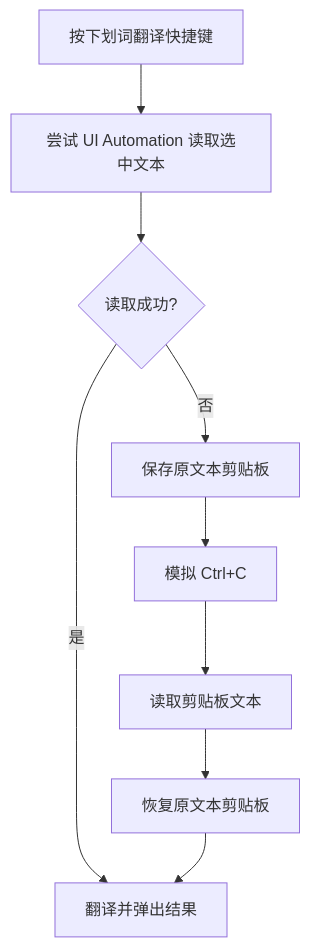
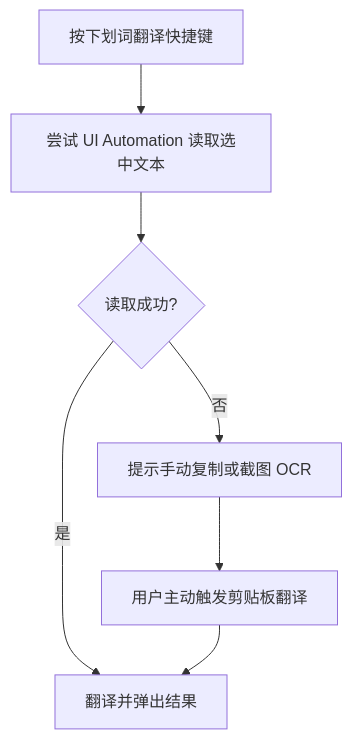
One commit to inorilzy/Translationrecordingtool changed the third of 3 diagrams in README.md. Above: the diagram before and after it, drawn with Mermaid. The commit also changed other lines of this file and 105 other files, not shown here.

````diff
--- a/README.md
+++ b/README.md
@@ -137,11 +137,9 @@
 ```mermaid
 flowchart TD
   A[按下划词翻译快捷键] --> B[尝试 UI Automation 读取选中文本]
   B --> C{读取成功?}
   C -->|是| D[翻译并弹出结果]
-  C -->|否| E[保存原文本剪贴板]
-  E --> F[模拟 Ctrl+C]
-  F --> G[读取剪贴板文本]
-  G --> H[恢复原文本剪贴板]
-  H --> D
+  C -->|否| E[提示手动复制或截图 OCR]
+  E --> F[用户主动触发剪贴板翻译]
+  F --> D
 ```
````
